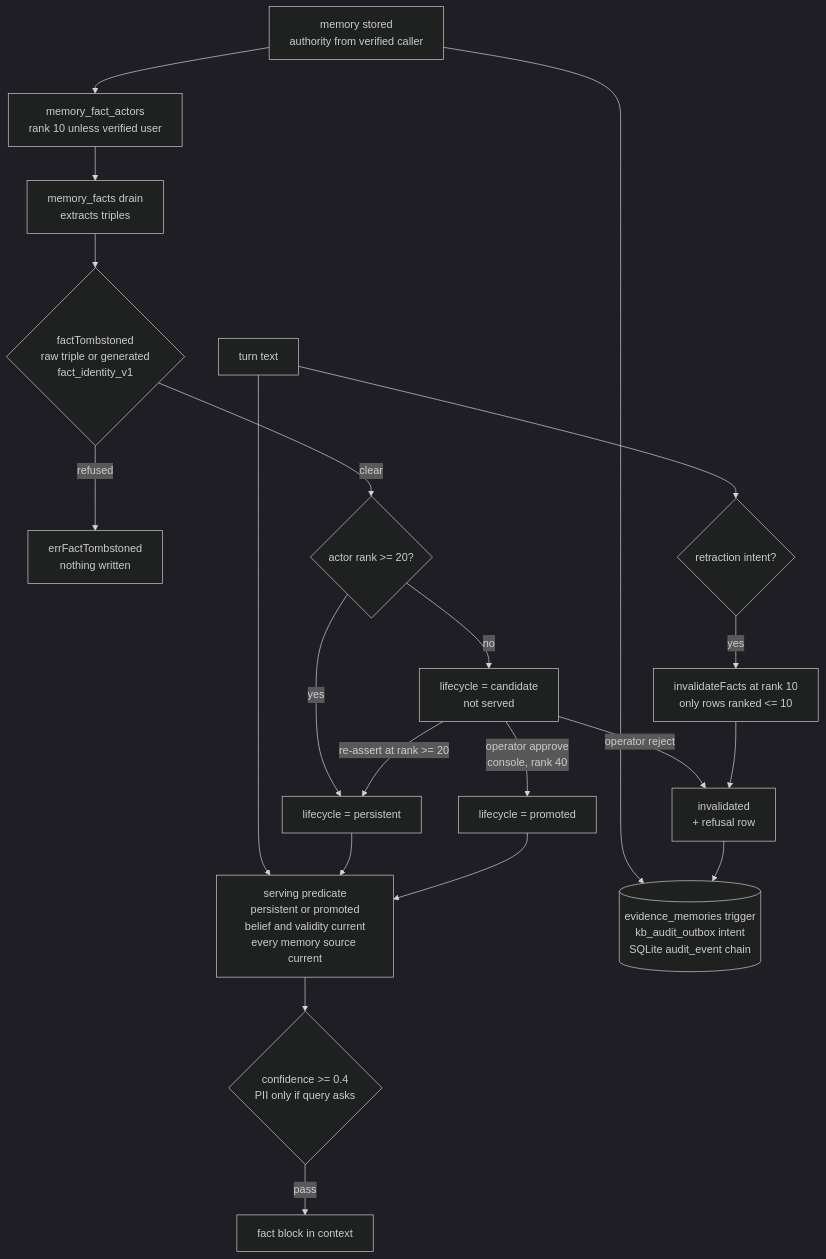
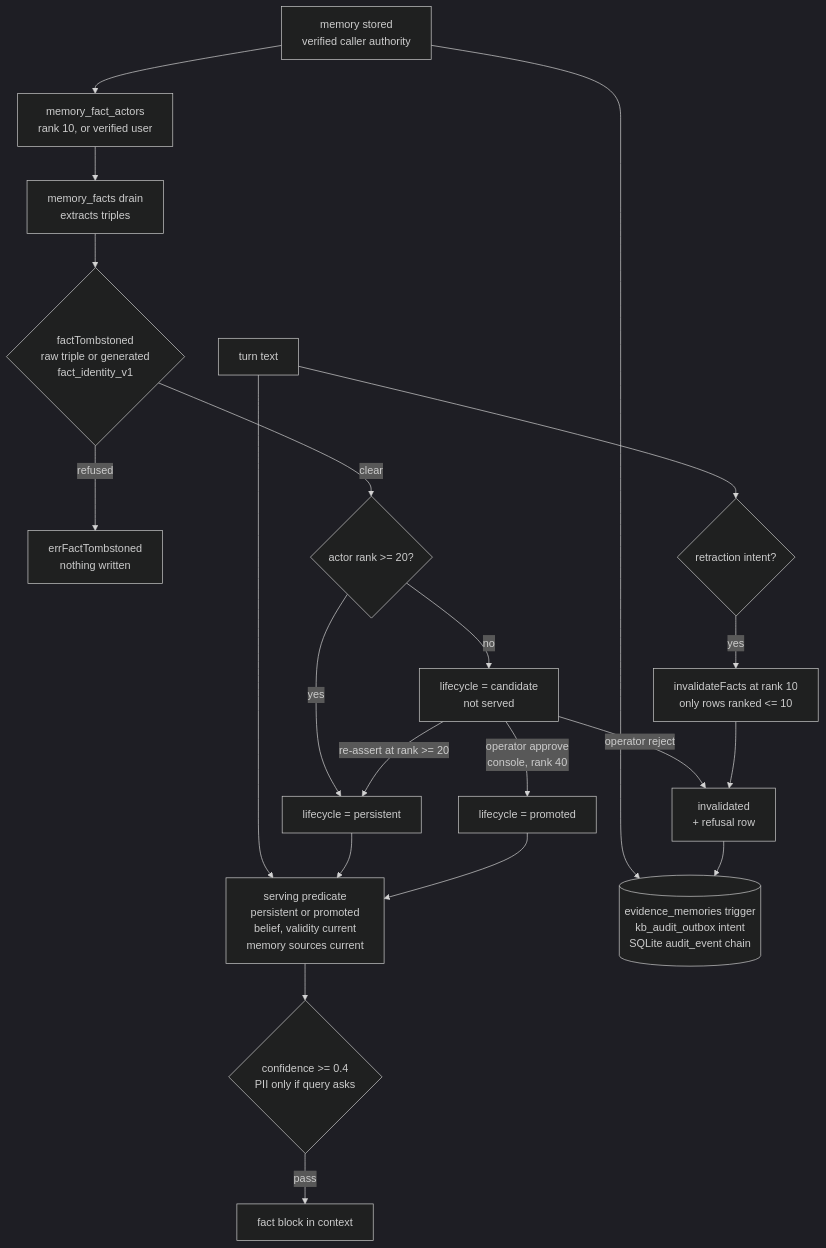
One commit to neoneye/agent-memory-atlas changed the diagram in content/systems/aimee.md. Above: the diagram before and after it, drawn with Mermaid (dark theme). The commit also changed other lines of this file and 14 other files, not shown here.

````diff
--- a/content/systems/aimee.md
+++ b/content/systems/aimee.md
@@ -81,26 +89,26 @@
 ```mermaid
 flowchart TD
 %% caption: authority decides whether a fact is served — a model-authored fact waits as a candidate that only an operator verb or a higher rank clears, every writer consults the value-keyed refusal first, and every memory mutation reaches the WORM chain in its own transaction
-    STORE["memory stored<br/>authority from verified caller"] --> ACT["memory_fact_actors<br/>rank 10 unless verified user"]
+    STORE["memory stored<br/>verified caller authority"] --> ACT["memory_fact_actors<br/>rank 10, or verified user"]
     ACT --> DRAIN["memory_facts drain<br/>extracts triples"]
     DRAIN --> TOMB{"factTombstoned<br/>raw triple or generated<br/>fact_identity_v1"}
     TOMB -->|"refused"| STOP["errFactTombstoned<br/>nothing written"]
     TOMB -->|"clear"| RANK{"actor rank >= 20?"}
     RANK -->|"no"| CAND["lifecycle = candidate<br/>not served"]
     RANK -->|"yes"| PERS["lifecycle = persistent"]
     CAND -->|"operator approve<br/>console, rank 40"| PROM["lifecycle = promoted"]
     CAND -->|"operator reject"| INV["invalidated<br/>+ refusal row"]
     CAND -->|"re-assert at rank >= 20"| PERS
 
     TURN["turn text"] --> RETR{"retraction intent?"}
     RETR -->|"yes"| CAP["invalidateFacts at rank 10<br/>only rows ranked <= 10"]
     CAP --> INV
-    TURN --> SERVE["serving predicate<br/>persistent or promoted<br/>belief and validity current<br/>every memory source current"]
+    TURN --> SERVE["serving predicate<br/>persistent or promoted<br/>belief, validity current<br/>memory sources current"]
     PERS --> SERVE
     PROM --> SERVE
     SERVE --> GATE{"confidence >= 0.4<br/>PII only if query asks"}
     GATE -->|"pass"| BLOCK["fact block in context"]
 
     STORE --> WORM[("evidence_memories trigger<br/>kb_audit_outbox intent<br/>SQLite audit_event chain")]
     INV --> WORM
 ```
````
